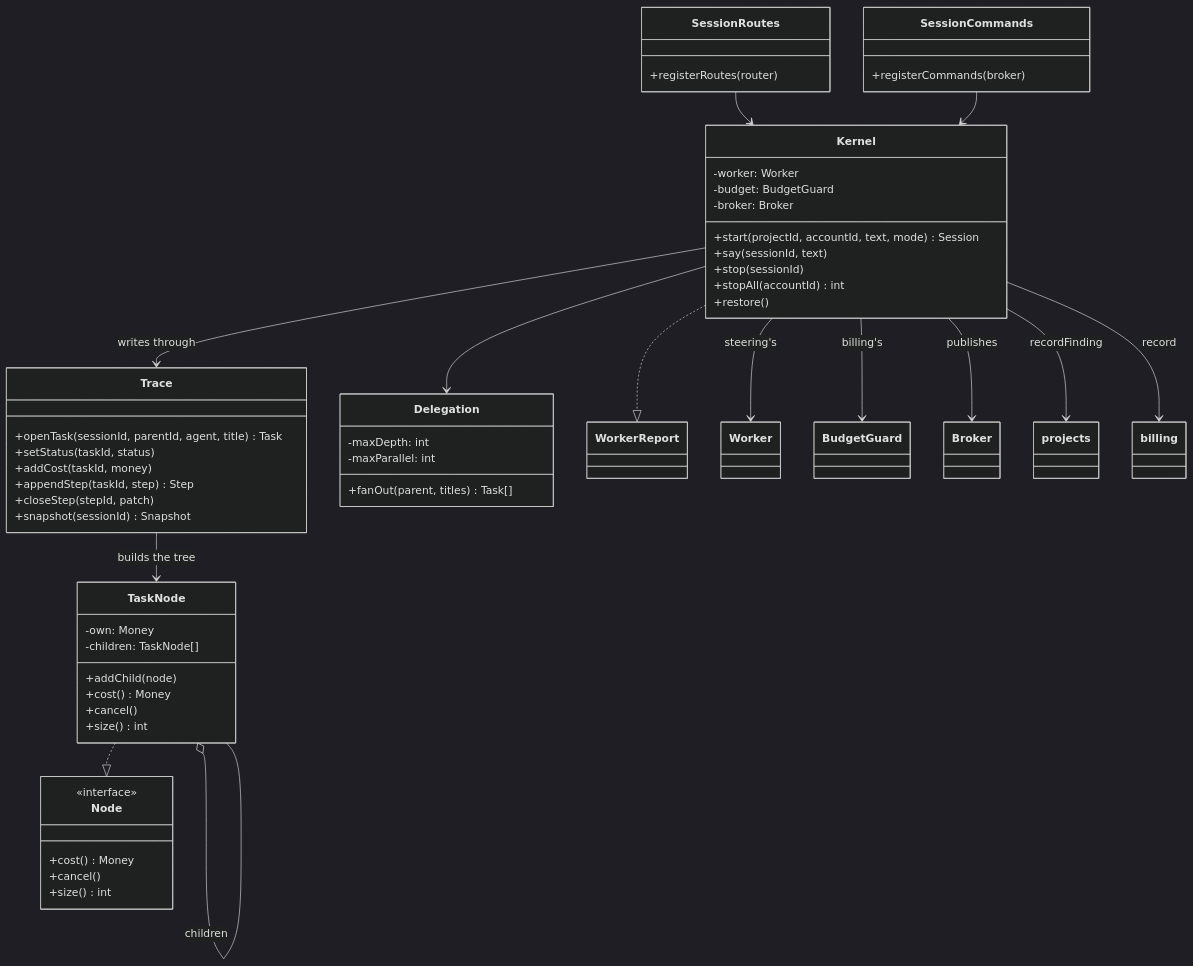
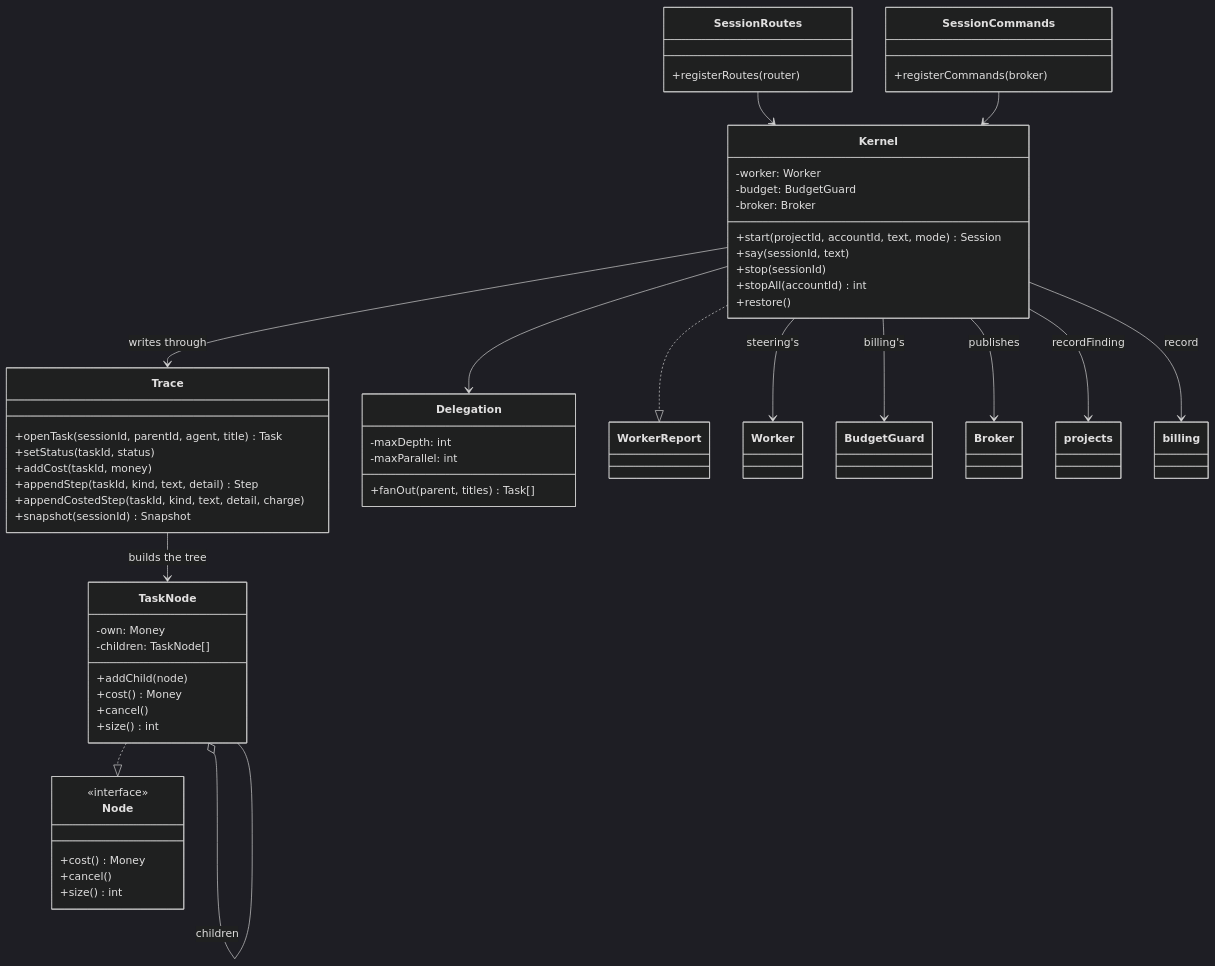
The tenth of 15 diagrams in docs/ARCHITECTURE.md (ziyangliu-666/lumen-next), drawn with Mermaid (dark theme) before and after one commit. The commit also changed other lines of this file and 22 other files, not shown here.

First line of the commit message:
fix(session): a step and its charge are one write, and the page is tested

````diff
--- a/docs/ARCHITECTURE.md
+++ b/docs/ARCHITECTURE.md
@@ -582,59 +590,59 @@
 ```mermaid
 classDiagram
   class SessionRoutes {
     +registerRoutes(router)
   }
   class SessionCommands {
     +registerCommands(broker)
   }
   class Kernel {
     -worker: Worker
     -budget: BudgetGuard
     -broker: Broker
     +start(projectId, accountId, text, mode) Session
     +say(sessionId, text)
     +stop(sessionId)
     +stopAll(accountId) int
     +restore()
   }
   class Trace {
     +openTask(sessionId, parentId, agent, title) Task
     +setStatus(taskId, status)
     +addCost(taskId, money)
-    +appendStep(taskId, step) Step
-    +closeStep(stepId, patch)
+    +appendStep(taskId, kind, text, detail) Step
+    +appendCostedStep(taskId, kind, text, detail, charge)
     +snapshot(sessionId) Snapshot
   }
   class Delegation {
     -maxDepth: int
     -maxParallel: int
     +fanOut(parent, titles) Task[]
   }
   class Node {
     <<interface>>
     +cost() Money
     +cancel()
     +size() int
   }
   class TaskNode {
     -own: Money
     -children: TaskNode[]
     +addChild(node)
     +cost() Money
     +cancel()
     +size() int
   }
   SessionRoutes --> Kernel
   SessionCommands --> Kernel
   Kernel --> Trace : writes through
   Kernel --> Delegation
   Kernel ..|> WorkerReport
   Kernel --> Worker : steering's
   Kernel --> BudgetGuard : billing's
   Kernel --> Broker : publishes
   Kernel --> projects : recordFinding
   Kernel --> billing : record
   TaskNode ..|> Node
   TaskNode o-- TaskNode : children
   Trace --> TaskNode : builds the tree
 ```
````
